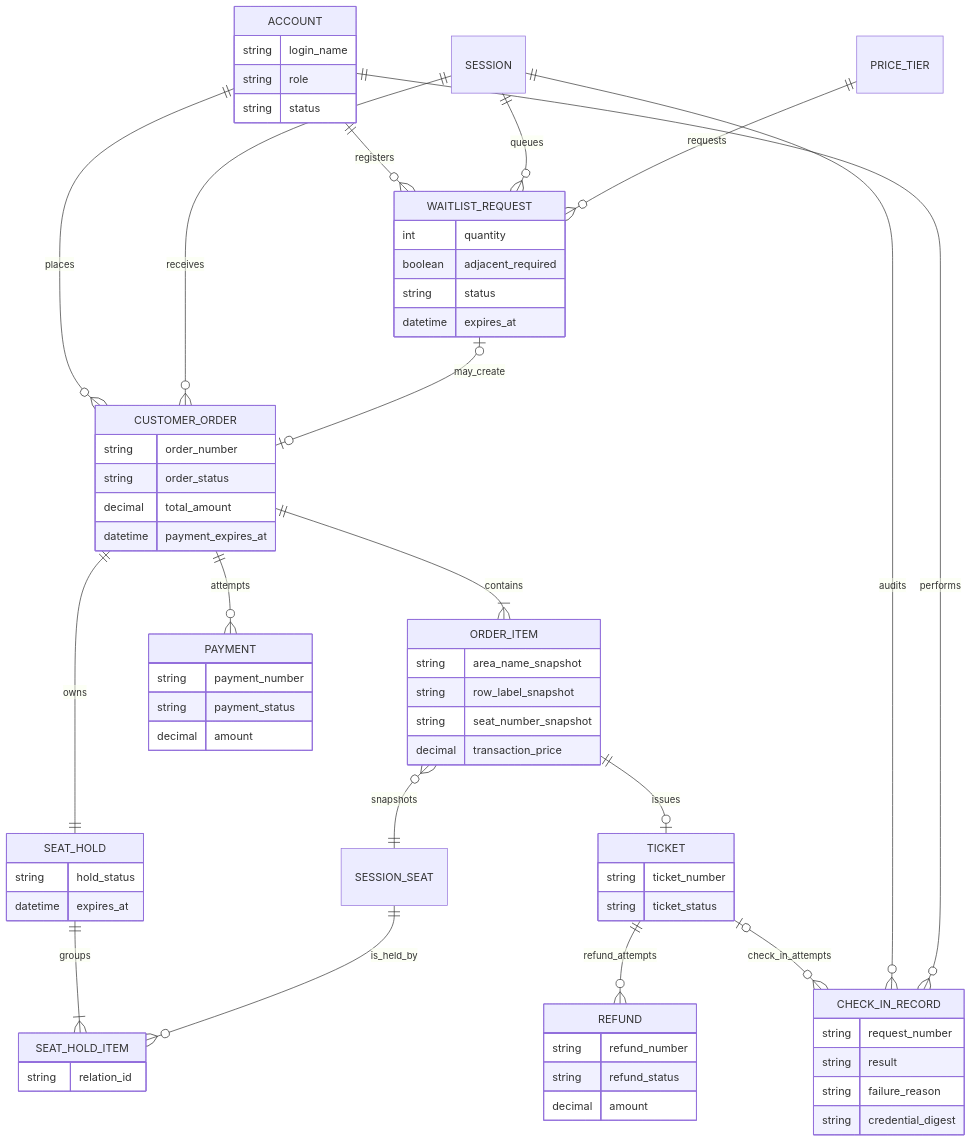
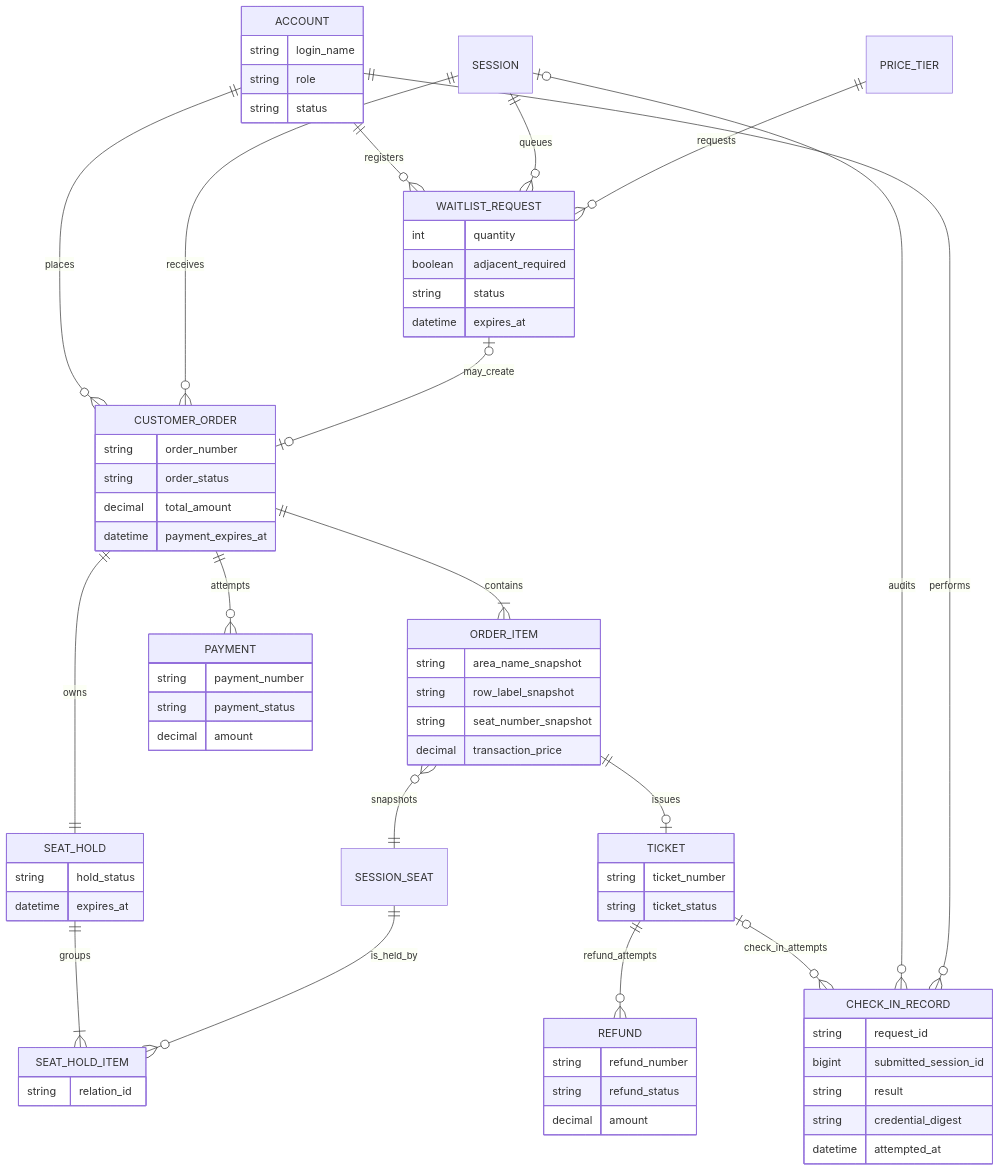
One commit to lzffzl13/ticketing changed the second of 2 diagrams in docs/domain/domain-model.md. Above: the diagram before and after it, drawn with Mermaid. The commit also changed other lines of this file and 48 other files, not shown here.

````diff
--- a/docs/domain/domain-model.md
+++ b/docs/domain/domain-model.md
@@ -101,77 +101,78 @@
 ```mermaid
 erDiagram
     ACCOUNT ||--o{ CUSTOMER_ORDER : places
     ACCOUNT ||--o{ WAITLIST_REQUEST : registers
 
     SESSION ||--o{ CUSTOMER_ORDER : receives
     SESSION ||--o{ WAITLIST_REQUEST : queues
     PRICE_TIER ||--o{ WAITLIST_REQUEST : requests
 
     WAITLIST_REQUEST o|--o| CUSTOMER_ORDER : may_create
 
     CUSTOMER_ORDER ||--|{ ORDER_ITEM : contains
     CUSTOMER_ORDER ||--o{ PAYMENT : attempts
     CUSTOMER_ORDER ||--|| SEAT_HOLD : owns
 
     SEAT_HOLD ||--|{ SEAT_HOLD_ITEM : groups
     SESSION_SEAT ||--o{ SEAT_HOLD_ITEM : is_held_by
 
     ORDER_ITEM }o--|| SESSION_SEAT : snapshots
     ORDER_ITEM ||--o| TICKET : issues
 
     TICKET ||--o{ REFUND : refund_attempts
     TICKET o|--o{ CHECK_IN_RECORD : check_in_attempts
-    SESSION ||--o{ CHECK_IN_RECORD : audits
+    SESSION o|--o{ CHECK_IN_RECORD : audits
     ACCOUNT ||--o{ CHECK_IN_RECORD : performs
 
     ACCOUNT {
         string login_name
         string role
         string status
     }
     WAITLIST_REQUEST {
         int quantity
         boolean adjacent_required
         string status
         datetime expires_at
     }
     CUSTOMER_ORDER {
         string order_number
         string order_status
         decimal total_amount
         datetime payment_expires_at
     }
     ORDER_ITEM {
         string area_name_snapshot
         string row_label_snapshot
         string seat_number_snapshot
         decimal transaction_price
     }
     SEAT_HOLD {
         string hold_status
         datetime expires_at
     }
     SEAT_HOLD_ITEM {
         string relation_id
     }
     PAYMENT {
         string payment_number
         string payment_status
         decimal amount
     }
     TICKET {
         string ticket_number
         string ticket_status
     }
     REFUND {
         string refund_number
         string refund_status
         decimal amount
     }
     CHECK_IN_RECORD {
-        string request_number
+        string request_id
+        bigint submitted_session_id
         string result
-        string failure_reason
         string credential_digest
+        datetime attempted_at
     }
 ```
````
